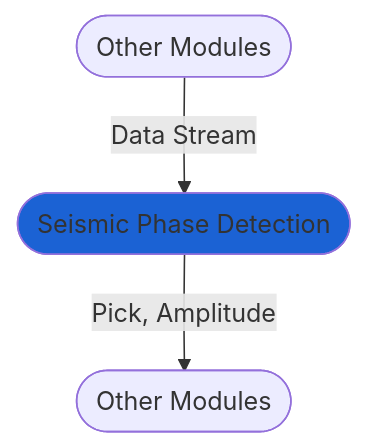
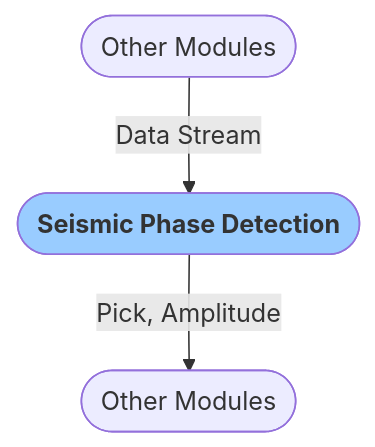
One commit to grillo/grillo-docs changed the diagram in docs/grillo-console/modules/technical_computing/phase_detection.md. Above: the diagram before and after it, drawn with Mermaid. The commit also changed 38 other files, not shown here.

````diff
--- a/docs/grillo-console/modules/technical_computing/phase_detection.md
+++ b/docs/grillo-console/modules/technical_computing/phase_detection.md
@@ -14,5 +14,5 @@
 ```mermaid
 flowchart TB
-   B([Other Modules])-->|Data Stream| Cp([Seismic Phase Detection]) -->|Pick, Amplitude| D([Other Modules])
-   style Cp fill:#1b62d4
+   B([Other Modules])-->|Data Stream| Cp([<font color=333333><b>Seismic Phase Detection</b>]) -->|Pick, Amplitude| D([Other Modules])
+   style Cp fill:#99CCFF
 ```
````
